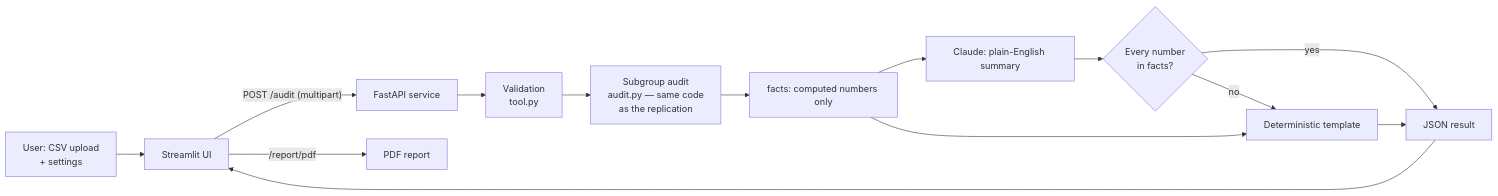
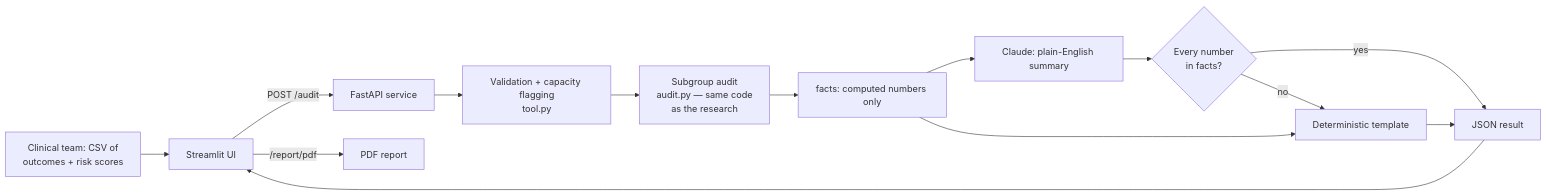
Before and after one commit to dhvani1403/Clinical-Fairness-Audit: the diagram in README.md, drawn with Mermaid. The commit also changed other lines of this file and 38 other files, not shown here.

First line of the commit message:
Refocus on clinical risk models: MEPS, capacity, calibration and need audits

````diff
--- a/README.md
+++ b/README.md
@@ -216,15 +266,15 @@
 ```mermaid
 flowchart LR
-    U[User: CSV upload<br/>+ settings] --> S[Streamlit UI]
-    S -- "POST /audit (multipart)" --> A[FastAPI service]
-    A --> V[Validation<br/>tool.py]
-    V --> AU[Subgroup audit<br/>audit.py — same code<br/>as the replication]
+    U[Clinical team: CSV of<br/>outcomes + risk scores] --> S[Streamlit UI]
+    S -- "POST /audit" --> A[FastAPI service]
+    A --> V[Validation + capacity flagging<br/>tool.py]
+    V --> AU[Subgroup audit<br/>audit.py — same code<br/>as the research]
     AU --> F[facts: computed numbers only]
     F --> L[Claude: plain-English summary]
     L --> C{Every number<br/>in facts?}
     C -- yes --> R[JSON result]
     C -- no --> T[Deterministic template] --> R
     F --> T
     R --> S
     S -- "/report/pdf" --> P[PDF report]
 ```
````
